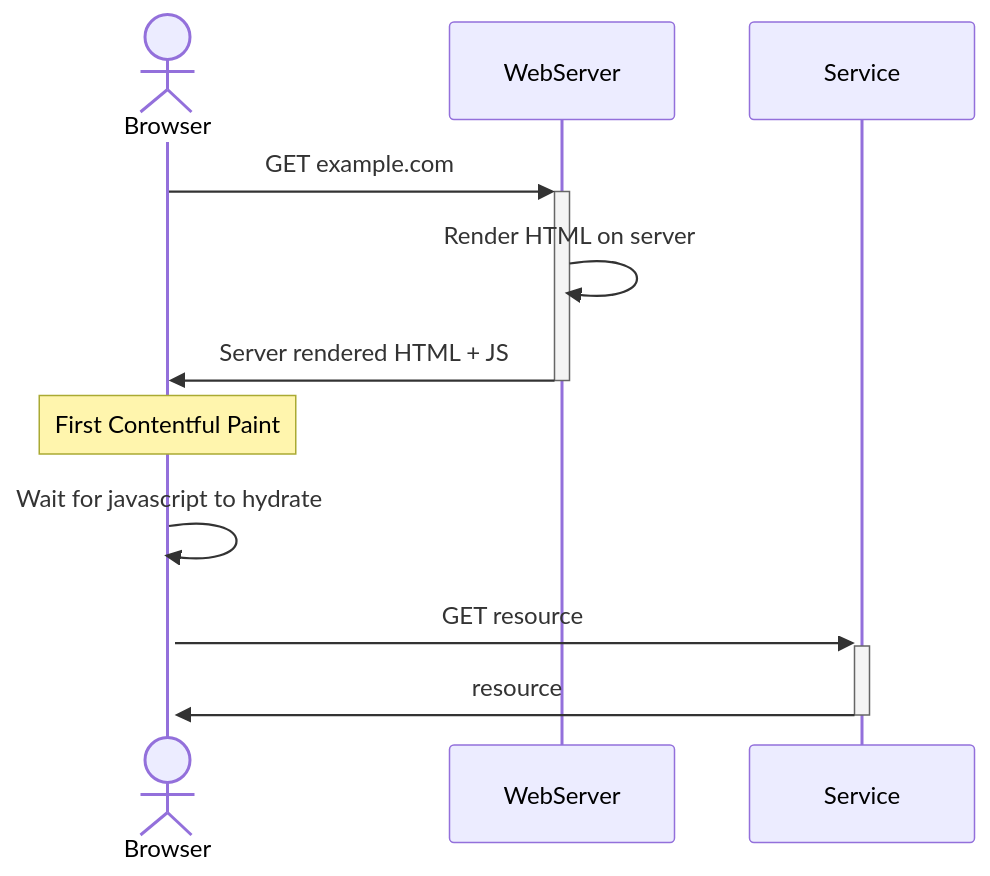
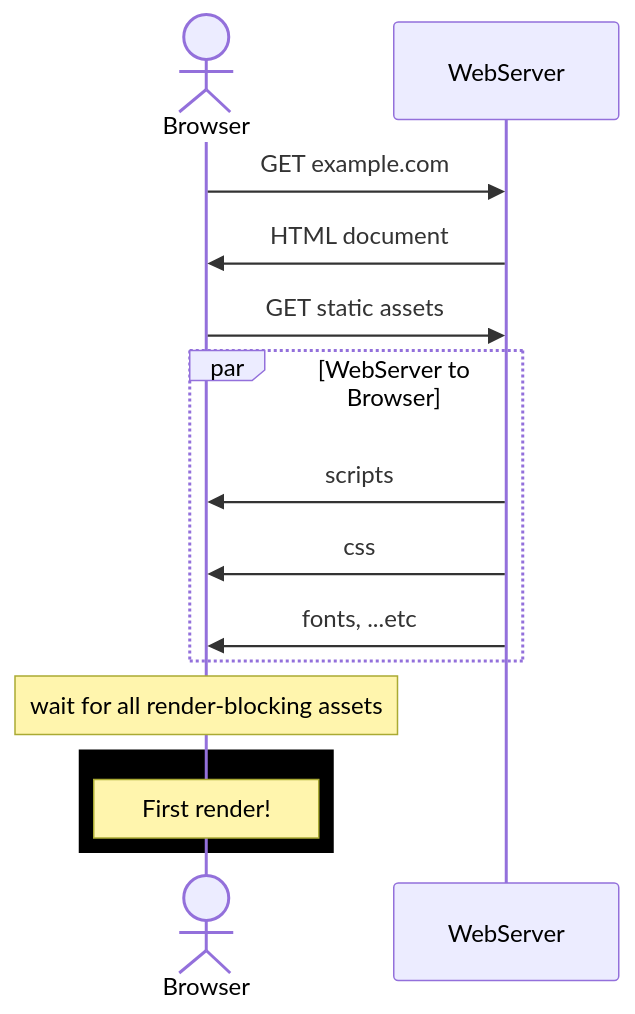
Before and after one commit to wenchonglee/paradigms: the diagram in README.md, drawn with Mermaid. The commit also changed other lines of this file, not shown here.

````diff
--- a/README.md
+++ b/README.md
@@ -120,11 +101,16 @@
 ```mermaid
 sequenceDiagram
     actor Browser
-    Browser->>+WebServer: GET example.com
-    WebServer->>WebServer: Render HTML on server
-    WebServer->>-Browser: Server rendered HTML + JS
-    Note over Browser: First Contentful Paint
-    Browser->>+Browser: Wait for javascript to hydrate
-    Browser->>+Service: GET resource
-    Service->>-Browser: resource
+    Browser->>WebServer: GET example.com
+    WebServer->>Browser: HTML document
+    Browser->>WebServer: GET static assets
+    par WebServer to Browser
+      WebServer->>Browser: scripts
+      WebServer->>Browser: css
+      WebServer->>Browser: fonts, ...etc
+    end
+    Note over Browser: wait for all render-blocking assets
+    rect rgb(0, 0, 0)
+    Note over Browser: First render!
+    end
 ```
````
